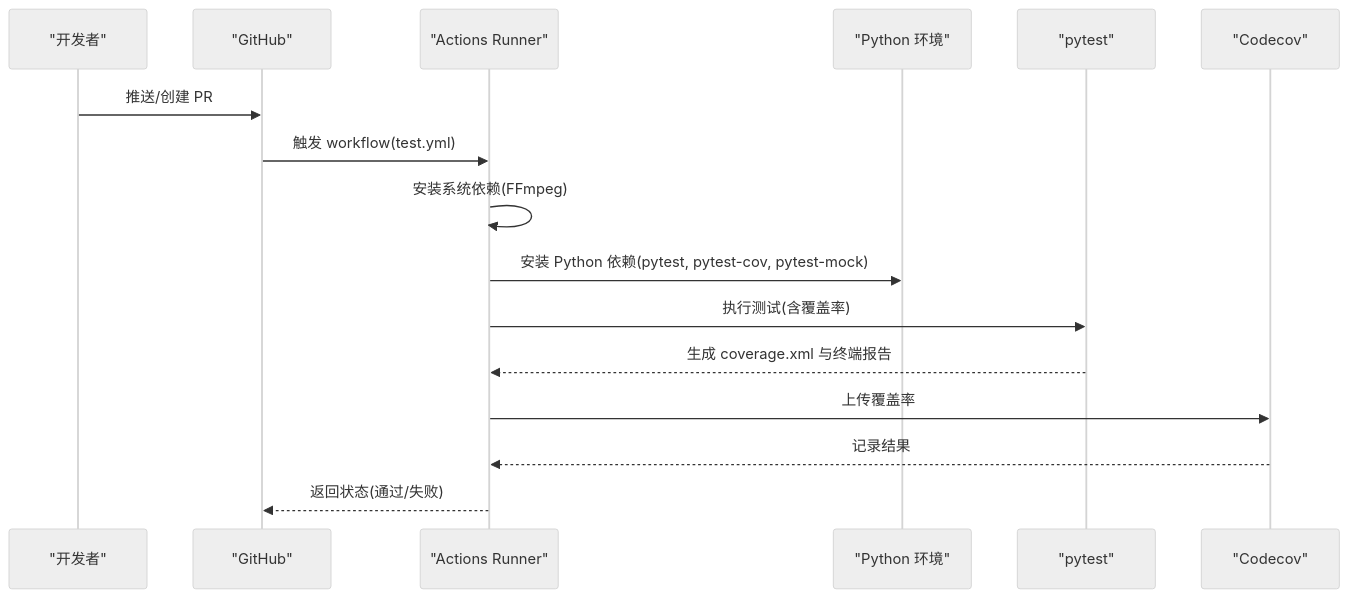
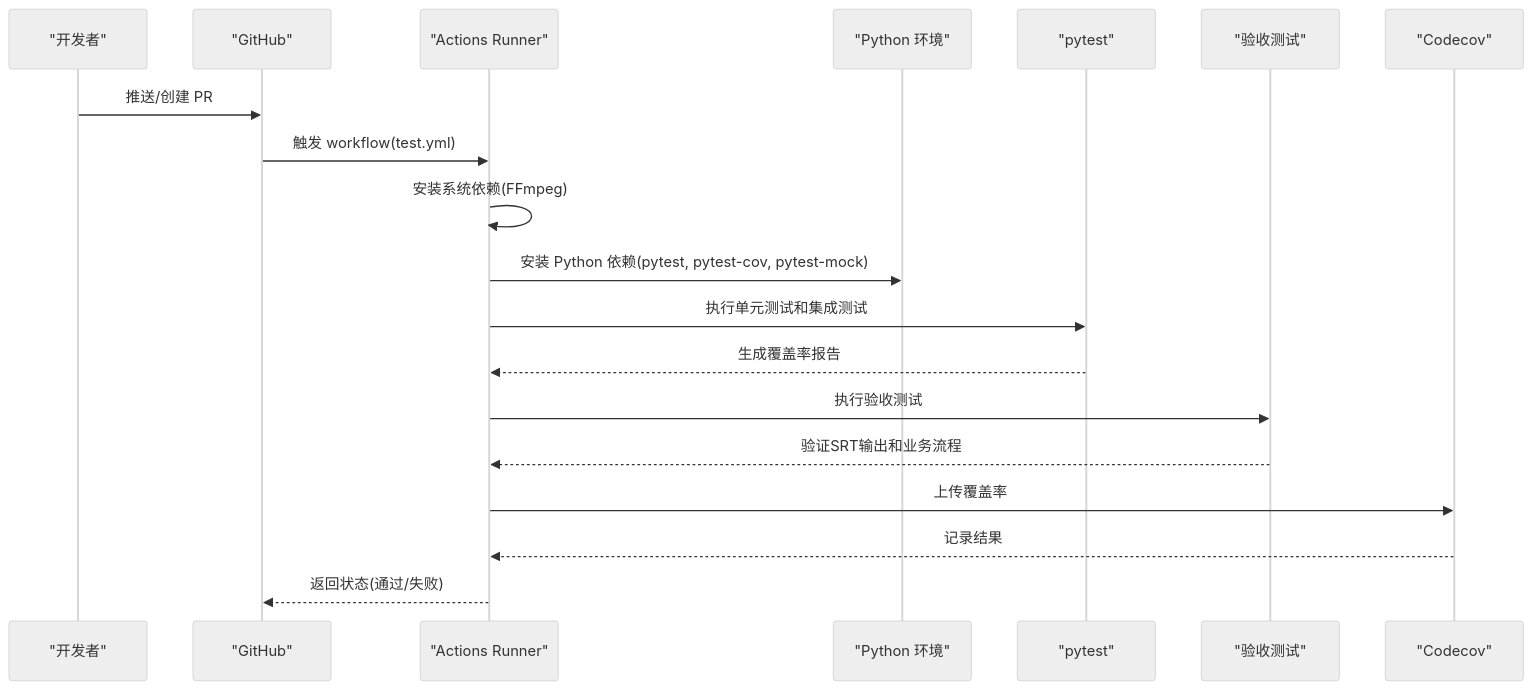
Before and after one commit to boyingliu01/VideoSplitter: the second of 24 diagrams in .qoder/repowiki/zh/content/测试与质量保证/测试与质量保证.md, drawn with Mermaid (neutral theme). The commit also changed other lines of this file and 59 other files, not shown here.

````diff
--- a/.qoder/repowiki/zh/content/测试与质量保证/测试与质量保证.md
+++ b/.qoder/repowiki/zh/content/测试与质量保证/测试与质量保证.md
@@ -107,18 +125,21 @@
 ```mermaid
 sequenceDiagram
 participant Dev as "开发者"
 participant GH as "GitHub"
 participant CI as "Actions Runner"
 participant Py as "Python 环境"
 participant PT as "pytest"
+participant AT as "验收测试"
 participant CC as "Codecov"
 Dev->>GH : 推送/创建 PR
 GH->>CI : 触发 workflow(test.yml)
 CI->>CI : 安装系统依赖(FFmpeg)
 CI->>Py : 安装 Python 依赖(pytest, pytest-cov, pytest-mock)
-CI->>PT : 执行测试(含覆盖率)
-PT-->>CI : 生成 coverage.xml 与终端报告
+CI->>PT : 执行单元测试和集成测试
+PT-->>CI : 生成覆盖率报告
+CI->>AT : 执行验收测试
+AT-->>CI : 验证SRT输出和业务流程
 CI->>CC : 上传覆盖率
 CC-->>CI : 记录结果
 CI-->>GH : 返回状态(通过/失败)
 ```
````
